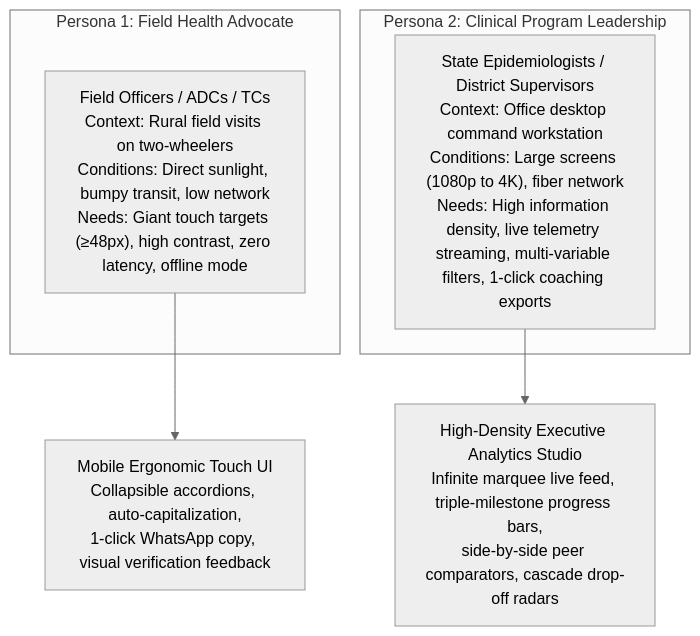
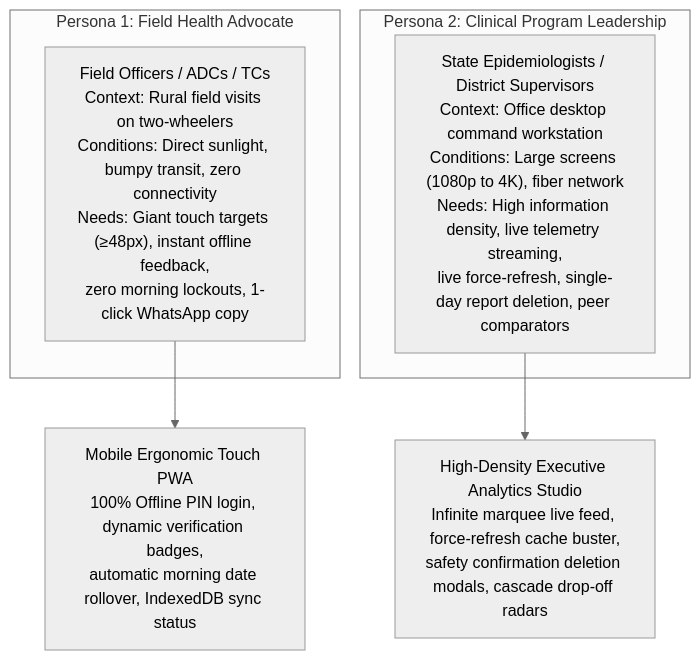
One commit to evilsaurav/dfy-mis-app changed the diagram in DESIGN.md. Above: the diagram before and after it, drawn with Mermaid (neutral theme). The commit also changed other lines of this file and 2 other files, not shown here.

Commit message:
docs: update ARCHITECTURE.md, DESIGN.md, and README.md with offline PIN, morning rollover, force-refresh, rollups, and day deletion

````diff
--- a/DESIGN.md
+++ b/DESIGN.md
@@ -15,13 +17,13 @@
 ```mermaid
 flowchart TD
     subgraph Persona_Field [Persona 1: Field Health Advocate]
-        P1["Field Officers / ADCs / TCs<br/>Context: Rural field visits on two-wheelers<br/>Conditions: Direct sunlight, bumpy transit, low network<br/>Needs: Giant touch targets (≥48px), high contrast, zero latency, offline mode"]
+        P1["Field Officers / ADCs / TCs<br/>Context: Rural field visits on two-wheelers<br/>Conditions: Direct sunlight, bumpy transit, zero connectivity<br/>Needs: Giant touch targets (≥48px), instant offline feedback,<br/>zero morning lockouts, 1-click WhatsApp copy"]
     end
 
     subgraph Persona_Admin [Persona 2: Clinical Program Leadership]
-        P2["State Epidemiologists / District Supervisors<br/>Context: Office desktop command workstation<br/>Conditions: Large screens (1080p to 4K), fiber network<br/>Needs: High information density, live telemetry streaming, multi-variable filters, 1-click coaching exports"]
+        P2["State Epidemiologists / District Supervisors<br/>Context: Office desktop command workstation<br/>Conditions: Large screens (1080p to 4K), fiber network<br/>Needs: High information density, live telemetry streaming,<br/>live force-refresh, single-day report deletion, peer comparators"]
     end
 
-    P1 --> Design_Mobile["Mobile Ergonomic Touch UI<br/>Collapsible accordions, auto-capitalization,<br/>1-click WhatsApp copy, visual verification feedback"]
-    P2 --> Design_Desktop["High-Density Executive Analytics Studio<br/>Infinite marquee live feed, triple-milestone progress bars,<br/>side-by-side peer comparators, cascade drop-off radars"]
+    P1 --> Design_Mobile["Mobile Ergonomic Touch PWA<br/>100% Offline PIN login, dynamic verification badges,<br/>automatic morning date rollover, IndexedDB sync status"]
+    P2 --> Design_Desktop["High-Density Executive Analytics Studio<br/>Infinite marquee live feed, force-refresh cache buster,<br/>safety confirmation deletion modals, cascade drop-off radars"]
 ```
````
